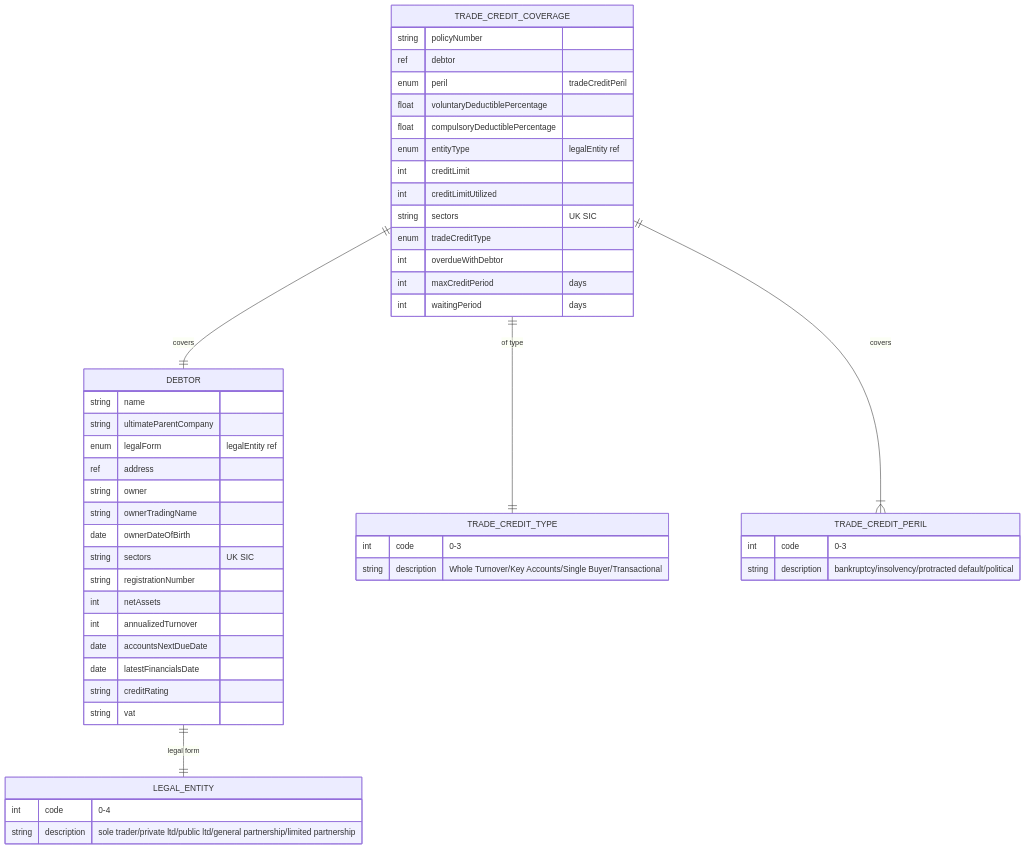
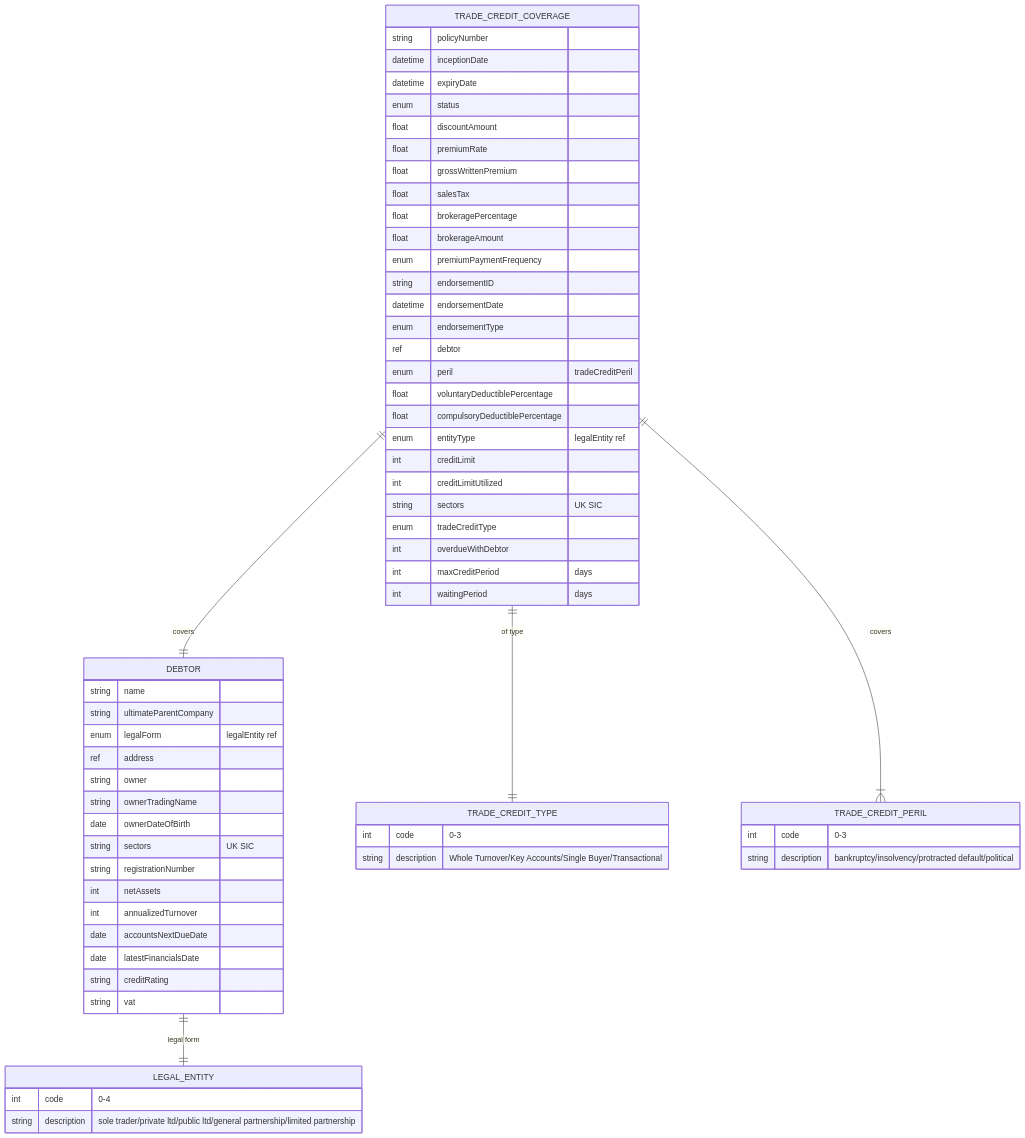
The diagram in 09-trade-credit/data-model.md (trisilva/opin), drawn with Mermaid before and after one commit. The commit also changed other lines of this file and 37 other files, not shown here.

````diff
--- a/09-trade-credit/data-model.md
+++ b/09-trade-credit/data-model.md
@@ -9,52 +9,65 @@
 ```mermaid
 erDiagram
     TRADE_CREDIT_COVERAGE {
         string policyNumber
+        datetime inceptionDate
+        datetime expiryDate
+        enum status
+        float discountAmount
+        float premiumRate
+        float grossWrittenPremium
+        float salesTax
+        float brokeragePercentage
+        float brokerageAmount
+        enum premiumPaymentFrequency
+        string endorsementID
+        datetime endorsementDate
+        enum endorsementType
         ref debtor
         enum peril "tradeCreditPeril"
         float voluntaryDeductiblePercentage
         float compulsoryDeductiblePercentage
         enum entityType "legalEntity ref"
         int creditLimit
         int creditLimitUtilized
         string sectors "UK SIC"
         enum tradeCreditType
         int overdueWithDebtor
         int maxCreditPeriod "days"
         int waitingPeriod "days"
     }
     DEBTOR {
         string name
         string ultimateParentCompany
         enum legalForm "legalEntity ref"
         ref address
         string owner
         string ownerTradingName
         date ownerDateOfBirth
         string sectors "UK SIC"
         string registrationNumber
         int netAssets
         int annualizedTurnover
         date accountsNextDueDate
         date latestFinancialsDate
         string creditRating
         string vat
     }
     TRADE_CREDIT_TYPE {
         int code "0-3"
         string description "Whole Turnover/Key Accounts/Single Buyer/Transactional"
     }
     TRADE_CREDIT_PERIL {
         int code "0-3"
         string description "bankruptcy/insolvency/protracted default/political"
     }
     LEGAL_ENTITY {
         int code "0-4"
         string description "sole trader/private ltd/public ltd/general partnership/limited partnership"
     }
 
     TRADE_CREDIT_COVERAGE ||--|| DEBTOR : "covers"
     TRADE_CREDIT_COVERAGE ||--|| TRADE_CREDIT_TYPE : "of type"
     TRADE_CREDIT_COVERAGE ||--|{ TRADE_CREDIT_PERIL : "covers"
     DEBTOR ||--|| LEGAL_ENTITY : "legal form"
 ```
````
